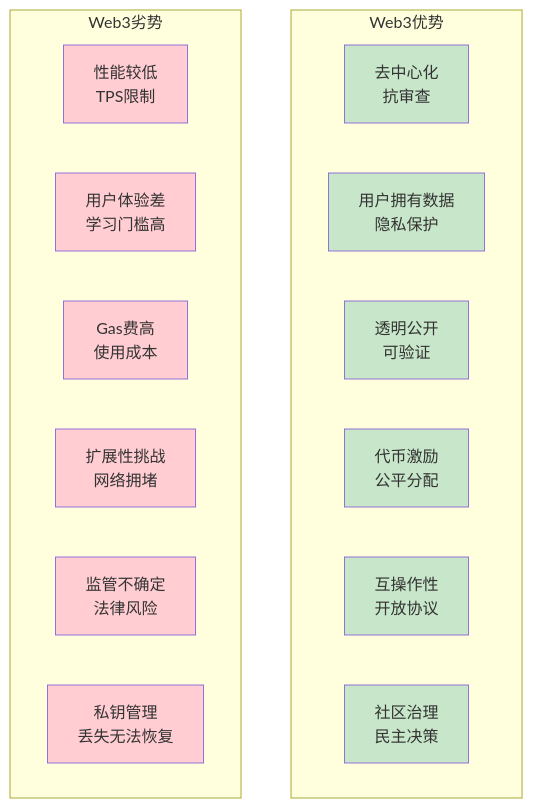
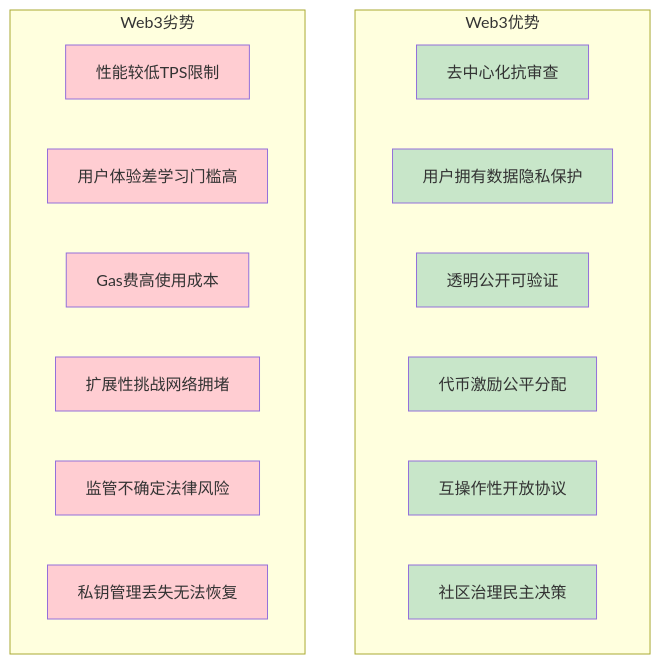
One commit to liuxing95/blog changed diagram 20 of 29 in src/content/posts/web3/web2-vs-web3.md. Above: the diagram before and after it, drawn with Mermaid. The commit also changed other lines of this file and 3 other files, not shown here.

````diff
--- a/src/content/posts/web3/web2-vs-web3.md
+++ b/src/content/posts/web3/web2-vs-web3.md
@@ -978,33 +953,33 @@
 ```mermaid
 graph TB
     subgraph "Web3优势"
-        W3_P1[去中心化<br/>抗审查]
-        W3_P2[用户拥有数据<br/>隐私保护]
-        W3_P3[透明公开<br/>可验证]
-        W3_P4[代币激励<br/>公平分配]
-        W3_P5[互操作性<br/>开放协议]
-        W3_P6[社区治理<br/>民主决策]
+        W3_P1[去中心化抗审查]
+        W3_P2[用户拥有数据隐私保护]
+        W3_P3[透明公开可验证]
+        W3_P4[代币激励公平分配]
+        W3_P5[互操作性开放协议]
+        W3_P6[社区治理民主决策]
     end
 
     subgraph "Web3劣势"
-        W3_N1[性能较低<br/>TPS限制]
-        W3_N2[用户体验差<br/>学习门槛高]
-        W3_N3[Gas费高<br/>使用成本]
-        W3_N4[扩展性挑战<br/>网络拥堵]
-        W3_N5[监管不确定<br/>法律风险]
-        W3_N6[私钥管理<br/>丢失无法恢复]
+        W3_N1[性能较低TPS限制]
+        W3_N2[用户体验差学习门槛高]
+        W3_N3[Gas费高使用成本]
+        W3_N4[扩展性挑战网络拥堵]
+        W3_N5[监管不确定法律风险]
+        W3_N6[私钥管理丢失无法恢复]
     end
 
     style W3_P1 fill:#c8e6c9
     style W3_P2 fill:#c8e6c9
     style W3_P3 fill:#c8e6c9
     style W3_P4 fill:#c8e6c9
     style W3_P5 fill:#c8e6c9
     style W3_P6 fill:#c8e6c9
     style W3_N1 fill:#ffcdd2
     style W3_N2 fill:#ffcdd2
     style W3_N3 fill:#ffcdd2
     style W3_N4 fill:#ffcdd2
     style W3_N5 fill:#ffcdd2
     style W3_N6 fill:#ffcdd2
 ```
````
